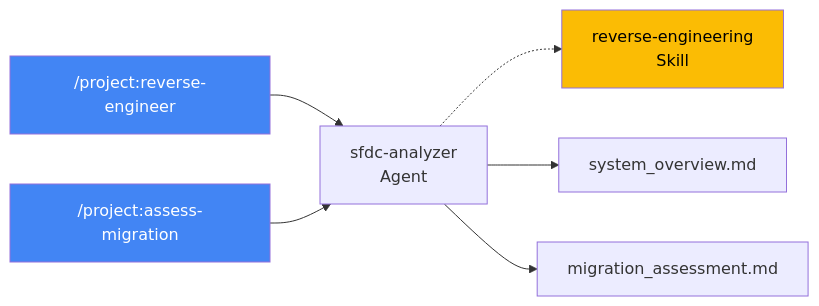
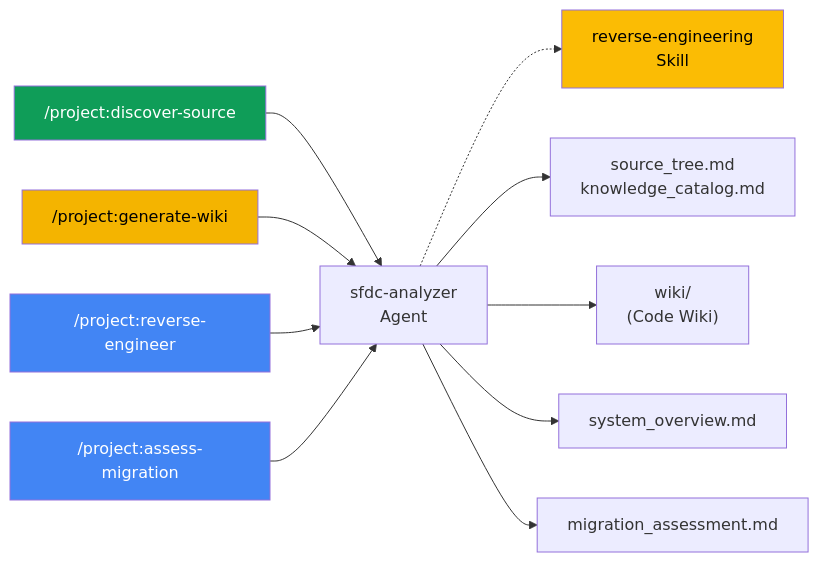
One commit to tyorikan/migration-with-ai changed the second of 5 diagrams in workshop-real/examples/HANDSON.md. Above: the diagram before and after it, drawn with Mermaid. The commit also changed other lines of this file and 5 other files, not shown here.

First line of the commit message:
feat: Code Wiki 生成コマンド /project:generate-wiki を追加

````diff
--- a/workshop-real/examples/HANDSON.md
+++ b/workshop-real/examples/HANDSON.md
@@ -144,13 +144,20 @@
 ```mermaid
 flowchart LR
-    CMD["/project:reverse-engineer"] --> AGT["sfdc-analyzer<br/>Agent"]
+    CMD0["/project:discover-source"] --> AGT["sfdc-analyzer<br/>Agent"]
+    CMD1["/project:generate-wiki"] --> AGT
+    CMD2["/project:reverse-engineer"] --> AGT
     AGT -.-> SKL["reverse-engineering<br/>Skill"]
-    AGT --> OUT["system_overview.md"]
 
-    CMD2["/project:assess-migration"] --> AGT
-    AGT --> OUT2["migration_assessment.md"]
+    AGT --> OUT0["source_tree.md<br/>knowledge_catalog.md"]
+    AGT --> OUT1["wiki/<br/>(Code Wiki)"]
+    AGT --> OUT2["system_overview.md"]
 
-    style CMD fill:#4285F4,color:#fff
+    CMD3["/project:assess-migration"] --> AGT
+    AGT --> OUT3["migration_assessment.md"]
+
+    style CMD0 fill:#0F9D58,color:#fff
+    style CMD1 fill:#F4B400,color:#000
     style CMD2 fill:#4285F4,color:#fff
+    style CMD3 fill:#4285F4,color:#fff
     style SKL fill:#FBBC04,color:#000
 ```
````
